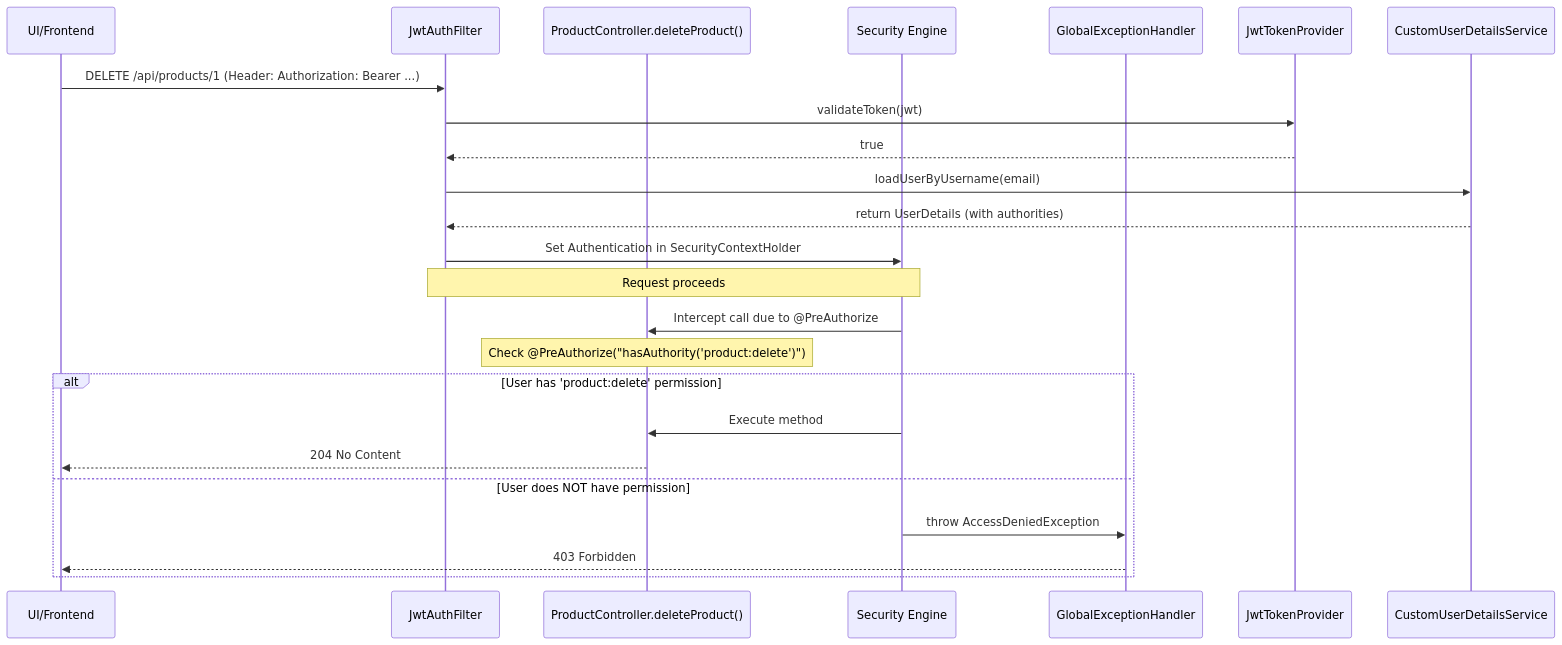
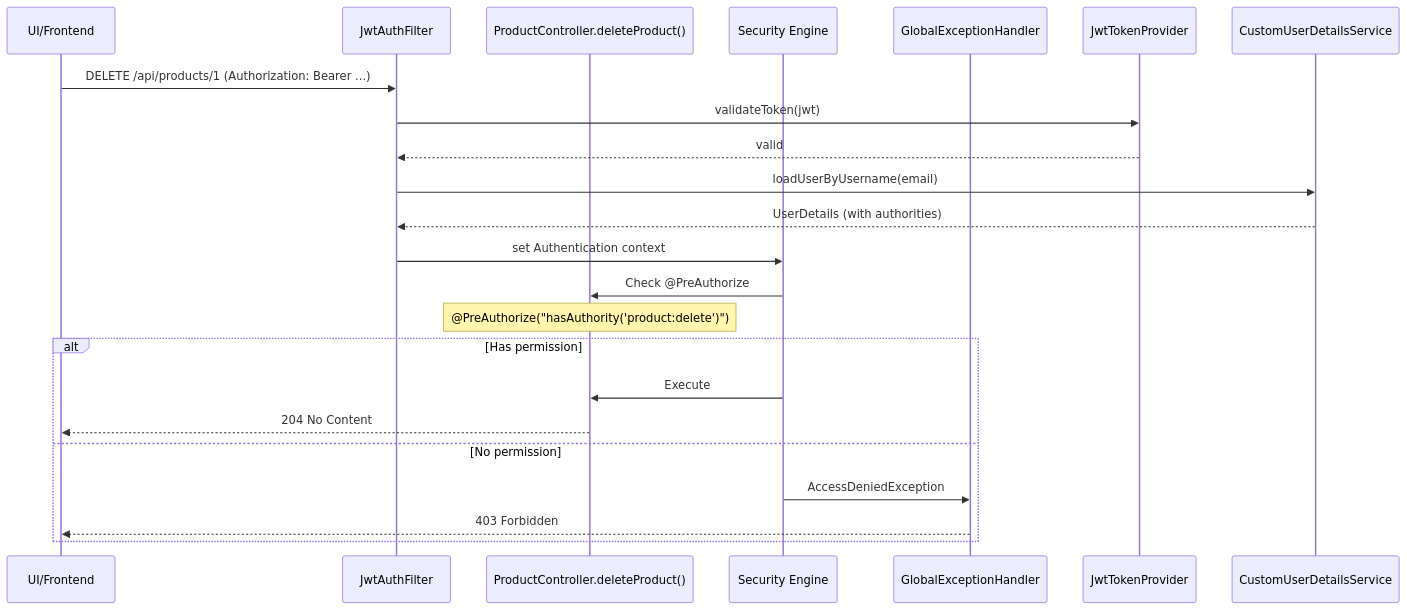
One commit to newtc22222/technical-documents changed the second of 2 diagrams in docs/builders/application-testing.md. Above: the diagram before and after it, drawn with Mermaid. The commit also changed other lines of this file and 14 other files, not shown here.

````diff
--- a/docs/builders/application-testing.md
+++ b/docs/builders/application-testing.md
@@ -114,28 +136,26 @@
 ```mermaid
 sequenceDiagram
     participant Client as UI/Frontend
     participant JwtAuthFilter
     participant ControllerMethod as ProductController.deleteProduct()
     participant SpringSecurity as Security Engine
     participant GlobalExceptionHandler
 
-    Client->>JwtAuthFilter: DELETE /api/products/1 (Header: Authorization: Bearer ...)
+    Client->>JwtAuthFilter: DELETE /api/products/1 (Authorization: Bearer ...)
     JwtAuthFilter->>JwtTokenProvider: validateToken(jwt)
-    JwtTokenProvider-->>JwtAuthFilter: true
+    JwtTokenProvider-->>JwtAuthFilter: valid
     JwtAuthFilter->>CustomUserDetailsService: loadUserByUsername(email)
-    CustomUserDetailsService-->>JwtAuthFilter: return UserDetails (with authorities)
-    JwtAuthFilter->>SpringSecurity: Set Authentication in SecurityContextHolder
-    
-    Note over JwtAuthFilter, SpringSecurity: Request proceeds
+    CustomUserDetailsService-->>JwtAuthFilter: UserDetails (with authorities)
+    JwtAuthFilter->>SpringSecurity: set Authentication context
 
-    SpringSecurity->>ControllerMethod: Intercept call due to @PreAuthorize
-    Note over ControllerMethod: Check @PreAuthorize("hasAuthority('product:delete')")
-    
-    alt User has 'product:delete' permission
-        SpringSecurity->>ControllerMethod: Execute method
+    SpringSecurity->>ControllerMethod: Check @PreAuthorize
+    Note over ControllerMethod: @PreAuthorize("hasAuthority('product:delete')")
+
+    alt Has permission
+        SpringSecurity->>ControllerMethod: Execute
         ControllerMethod-->>Client: 204 No Content
-    else User does NOT have permission
-        SpringSecurity->>GlobalExceptionHandler: throw AccessDeniedException
+    else No permission
+        SpringSecurity->>GlobalExceptionHandler: AccessDeniedException
         GlobalExceptionHandler-->>Client: 403 Forbidden
     end
 ```
````
